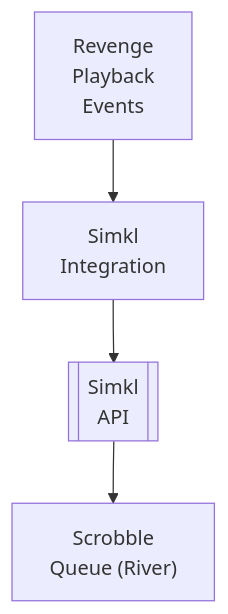
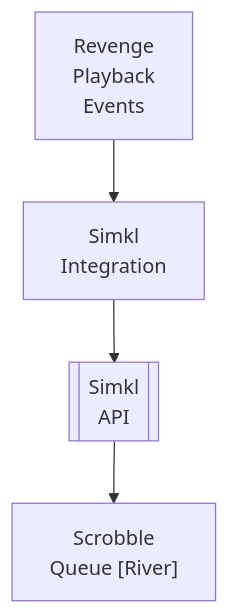
One commit to lusoris/revenge changed the diagram in docs/dev/design/integrations/scrobbling/SIMKL.md. Above: the diagram before and after it, drawn with Mermaid. The commit also changed 194 other files, not shown here.

First line of the commit message:
fix(docs): Escape parentheses in Mermaid labels to prevent parse errors

````diff
--- a/docs/dev/design/integrations/scrobbling/SIMKL.md
+++ b/docs/dev/design/integrations/scrobbling/SIMKL.md
@@ -59,10 +59,10 @@
 ```mermaid
 flowchart TD
     node1["Revenge<br/>Playback<br/>Events"]
     node2["Simkl<br/>Integration"]
     node3[[Simkl<br/>API]]
-    node4["Scrobble<br/>Queue (River)"]
+    node4["Scrobble<br/>Queue [River]"]
     node1 --> node2
     node2 --> node3
     node3 --> node4
 ```
````
